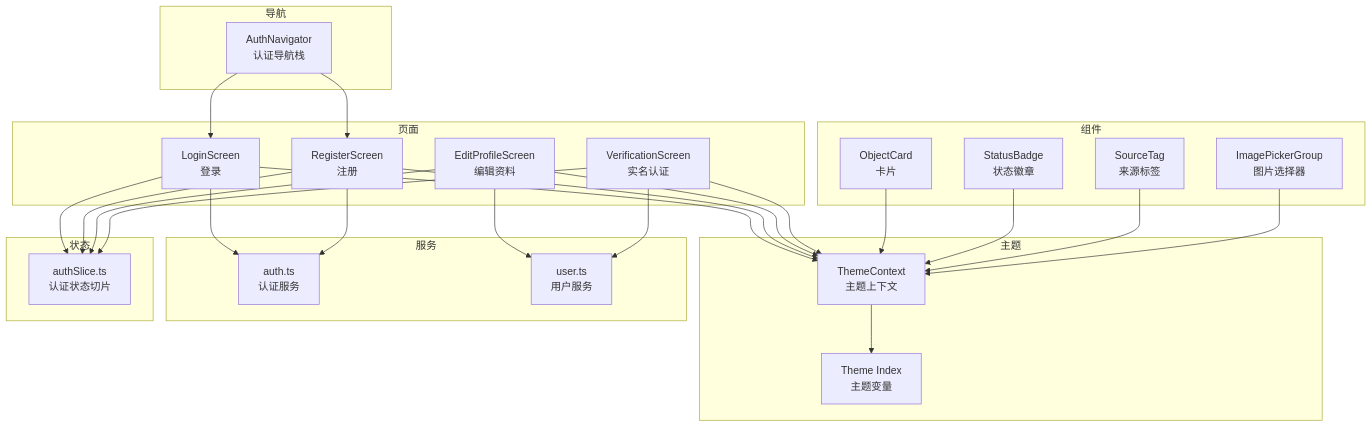
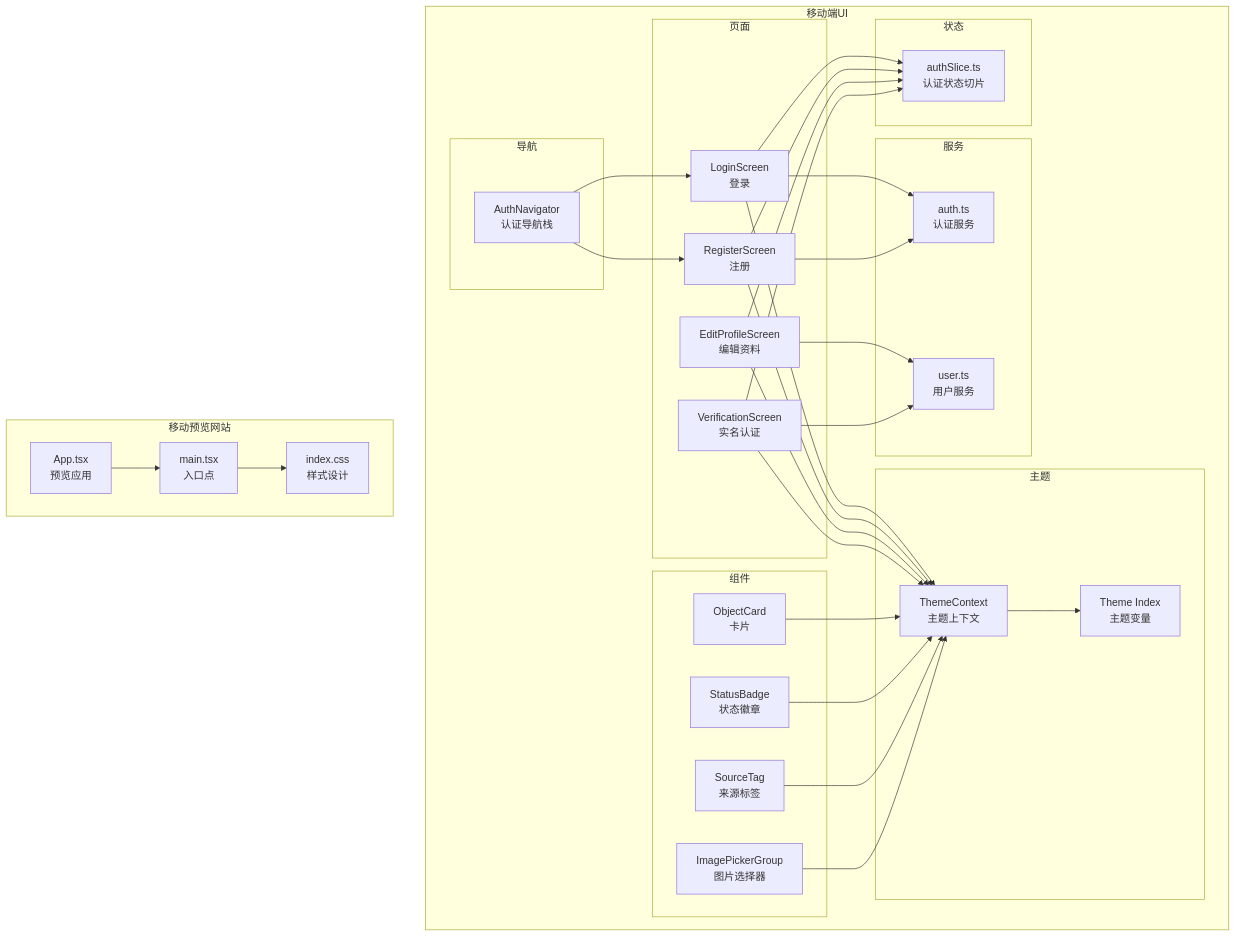
One commit to yinsw-c2e/drone_Rental_platform_v1 changed the first of 11 diagrams in .qoder/repowiki/zh/content/移动端应用/用户界面模块.md. Above: the diagram before and after it, drawn with Mermaid. The commit also changed other lines of this file and 11 other files, not shown here.

````diff
--- a/.qoder/repowiki/zh/content/移动端应用/用户界面模块.md
+++ b/.qoder/repowiki/zh/content/移动端应用/用户界面模块.md
@@ -46,48 +65,57 @@
 ```mermaid
 graph TB
+subgraph "移动端UI"
 subgraph "导航"
 AuthNav["AuthNavigator<br/>认证导航栈"]
 end
 subgraph "页面"
 Login["LoginScreen<br/>登录"]
 Register["RegisterScreen<br/>注册"]
 EditProfile["EditProfileScreen<br/>编辑资料"]
 Verify["VerificationScreen<br/>实名认证"]
 end
 subgraph "组件"
 Card["ObjectCard<br/>卡片"]
 Badge["StatusBadge<br/>状态徽章"]
 Tag["SourceTag<br/>来源标签"]
 ImgPicker["ImagePickerGroup<br/>图片选择器"]
 end
 subgraph "主题"
 ThemeCtx["ThemeContext<br/>主题上下文"]
 ThemeIdx["Theme Index<br/>主题变量"]
 end
 subgraph "服务"
 AuthSvc["auth.ts<br/>认证服务"]
 UserSvc["user.ts<br/>用户服务"]
 end
 subgraph "状态"
 AuthSlice["authSlice.ts<br/>认证状态切片"]
 end
+end
+subgraph "移动预览网站"
+PreviewApp["App.tsx<br/>预览应用"]
+PreviewMain["main.tsx<br/>入口点"]
+PreviewCSS["index.css<br/>样式设计"]
+end
 AuthNav --> Login
 AuthNav --> Register
 Login --> AuthSvc
 Register --> AuthSvc
 EditProfile --> UserSvc
 Verify --> UserSvc
 Login --> AuthSlice
 Register --> AuthSlice
 EditProfile --> AuthSlice
 Verify --> AuthSlice
 Login --> ThemeCtx
 Register --> ThemeCtx
 EditProfile --> ThemeCtx
 Verify --> ThemeCtx
 Card --> ThemeCtx
 Badge --> ThemeCtx
 Tag --> ThemeCtx
 ImgPicker --> ThemeCtx
 ThemeCtx --> ThemeIdx
+PreviewApp --> PreviewMain
+PreviewMain --> PreviewCSS
 ```
````
